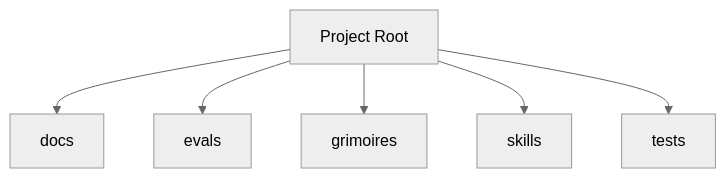
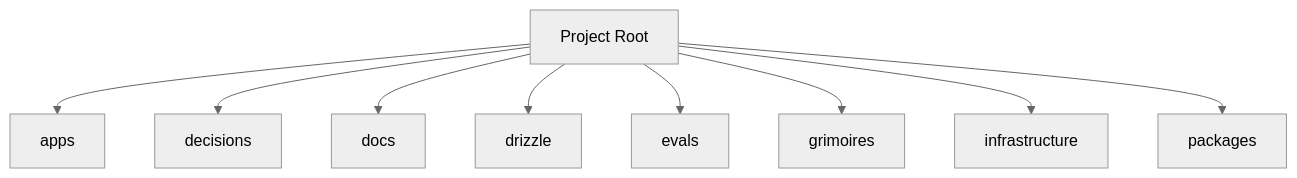
Before and after one commit to 0xHoneyJar/loa-freeside: the diagram in BUTTERFREEZONE.md, drawn with Mermaid (neutral theme). The commit also changed other lines of this file and 14 other files, not shown here.

````diff
--- a/BUTTERFREEZONE.md
+++ b/BUTTERFREEZONE.md
@@ -67,14 +54,20 @@
 ```mermaid
 graph TD
+    apps[apps]
+    decisions[decisions]
     docs[docs]
+    drizzle[drizzle]
     evals[evals]
     grimoires[grimoires]
-    skills[skills]
-    tests[tests]
+    infrastructure[infrastructure]
+    packages[packages]
     Root[Project Root]
+    Root --> apps
+    Root --> decisions
     Root --> docs
+    Root --> drizzle
     Root --> evals
     Root --> grimoires
-    Root --> skills
-    Root --> tests
+    Root --> infrastructure
+    Root --> packages
 ```
````
